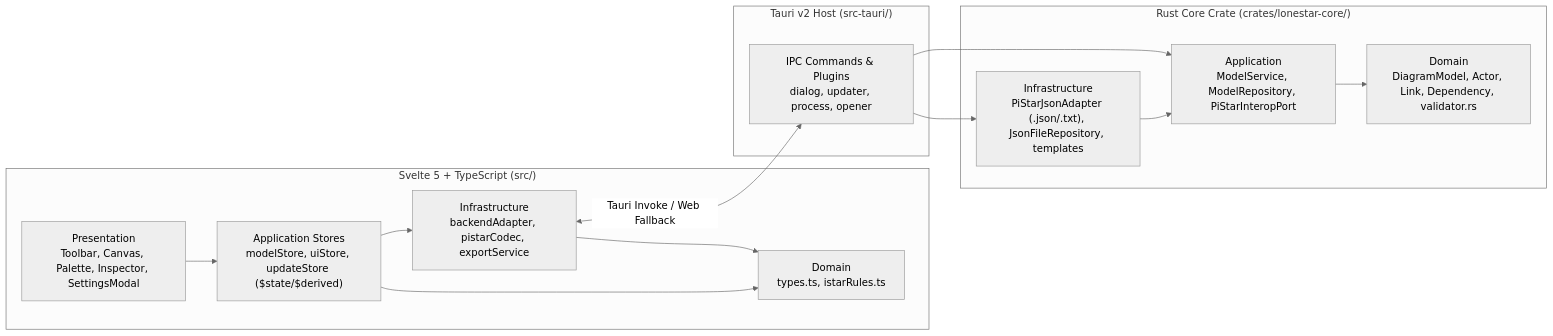
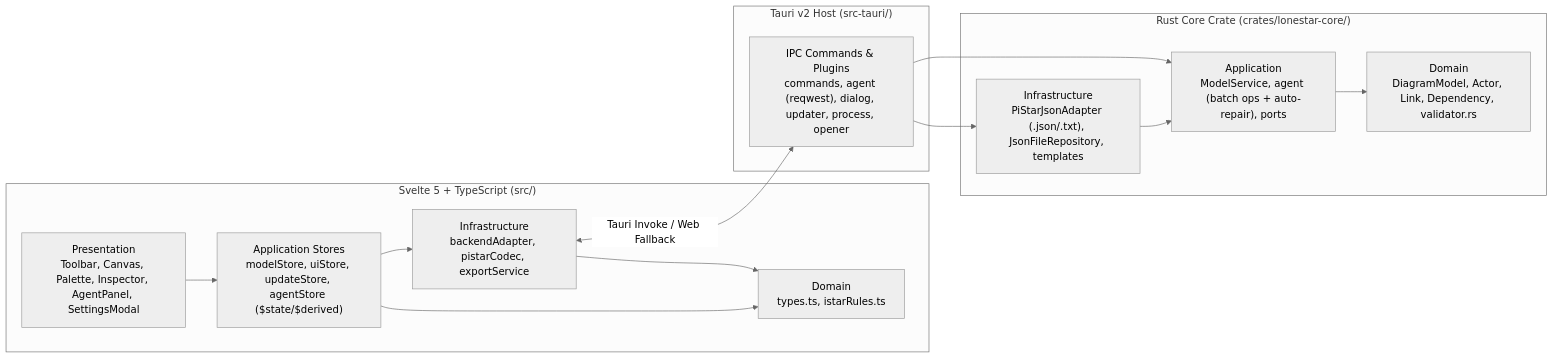
Before and after one commit to Vinello28/lonestar: the diagram in README.md, drawn with Mermaid (neutral theme). The commit also changed other lines of this file and 3 other files, not shown here.

````diff
--- a/README.md
+++ b/README.md
@@ -50,25 +53,25 @@
 ```mermaid
 flowchart LR
   subgraph Frontend["Svelte 5 + TypeScript (src/)"]
-    UI["Presentation<br/>Toolbar, Canvas, Palette, Inspector, SettingsModal"]
-    AppStore["Application Stores<br/>modelStore, uiStore, updateStore ($state/$derived)"]
+    UI["Presentation<br/>Toolbar, Canvas, Palette, Inspector, AgentPanel, SettingsModal"]
+    AppStore["Application Stores<br/>modelStore, uiStore, updateStore, agentStore ($state/$derived)"]
     InfraJS["Infrastructure<br/>backendAdapter, pistarCodec, exportService"]
     DomJS["Domain<br/>types.ts, istarRules.ts"]
     UI --> AppStore --> DomJS
     AppStore --> InfraJS --> DomJS
   end
 
   subgraph Desktop["Tauri v2 Host (src-tauri/)"]
-    IPC["IPC Commands & Plugins<br/>dialog, updater, process, opener"]
+    IPC["IPC Commands & Plugins<br/>commands, agent (reqwest), dialog, updater, process, opener"]
   end
 
   subgraph Core["Rust Core Crate (crates/lonestar-core/)"]
     InfraRS["Infrastructure<br/>PiStarJsonAdapter (.json/.txt), JsonFileRepository, templates"]
-    AppRS["Application<br/>ModelService, ModelRepository, PiStarInteropPort"]
+    AppRS["Application<br/>ModelService, agent (batch ops + auto-repair), ports"]
     DomRS["Domain<br/>DiagramModel, Actor, Link, Dependency, validator.rs"]
     InfraRS --> AppRS --> DomRS
   end
 
   InfraJS <-->|"Tauri Invoke / Web Fallback"| IPC --> AppRS
   IPC --> InfraRS
 ```
````
